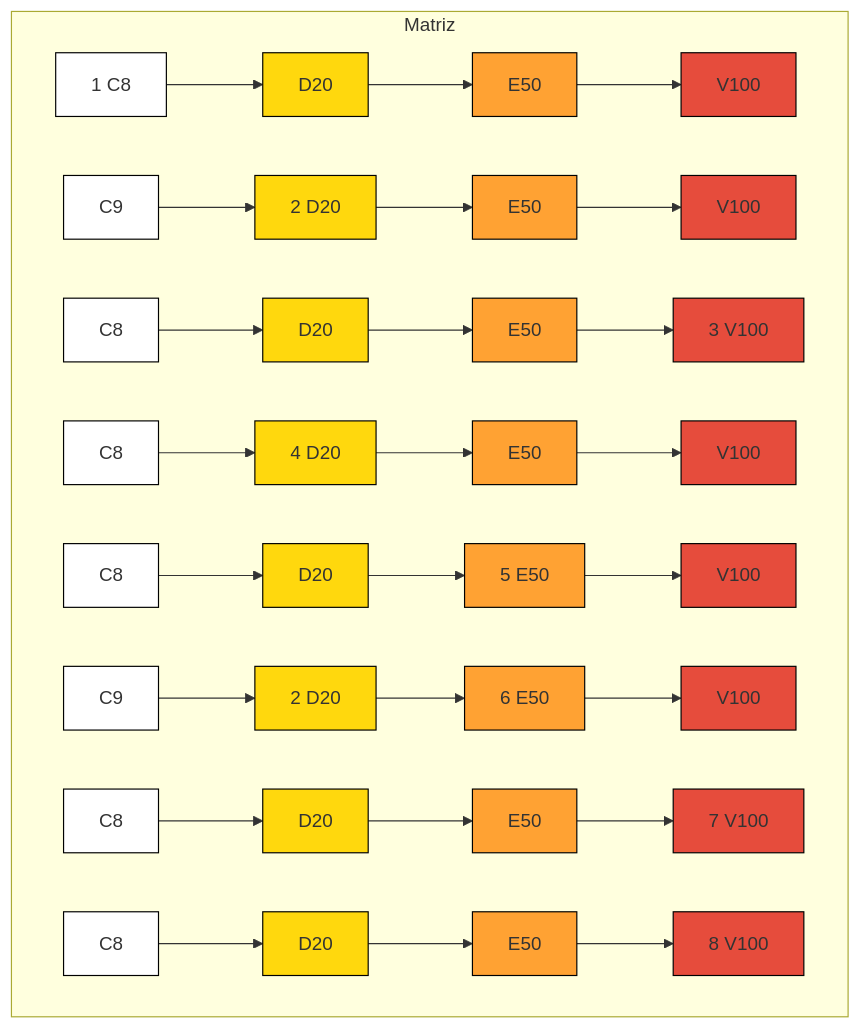
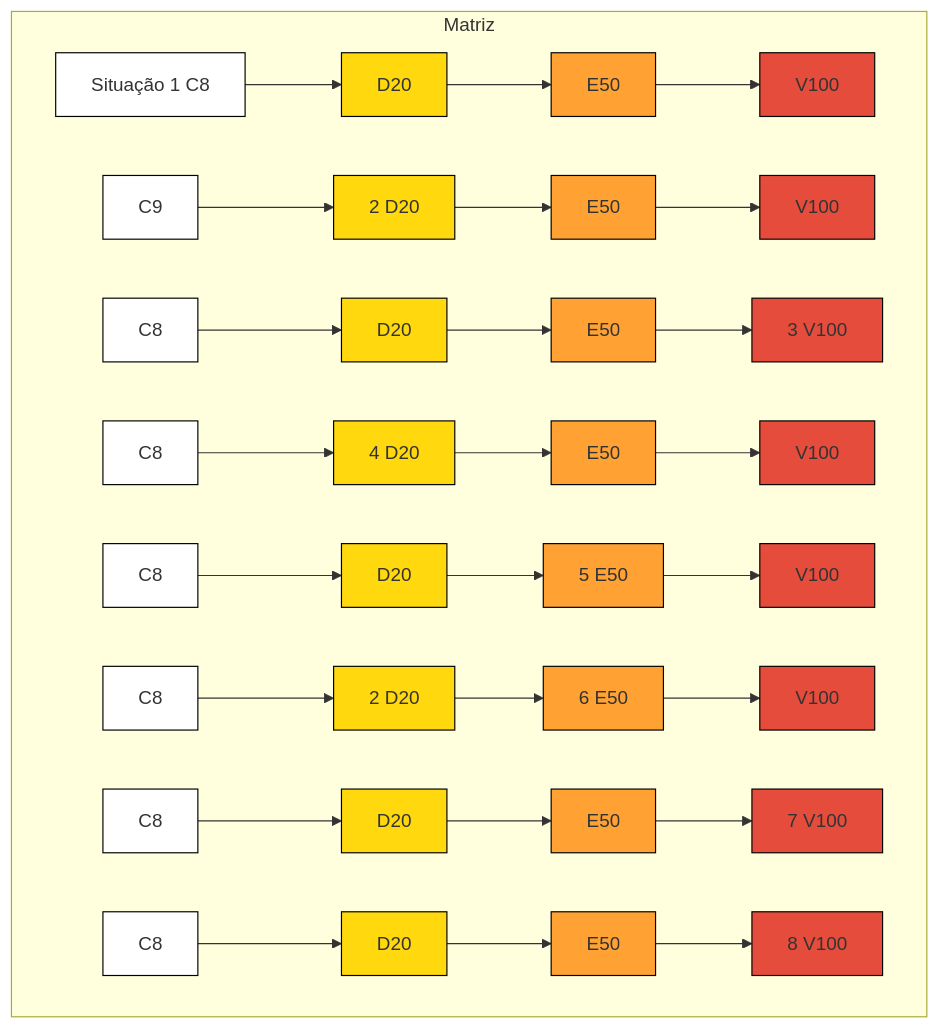
The diagram in README.md (AnandaMazine/Metodo-Agil-Crystal), drawn with Mermaid before and after one commit.

````diff
--- a/README.md
+++ b/README.md
@@ -3,18 +3,18 @@
 ```mermaid
 graph TD
   subgraph Matriz
-A1["1 C8"]:::branco --> A2["D20"]:::amarelo --> A3["E50"]:::laranja --> A4["V100"]:::vermelho
+A1["Situação 1 C8"]:::branco --> A2["D20"]:::amarelo --> A3["E50"]:::laranja --> A4["V100"]:::vermelho
 B1["C9"]:::branco --> B2["2 D20"]:::amarelo --> B3["E50"]:::laranja --> B4["V100"]:::vermelho
 C1["C8"]:::branco --> C2["D20"]:::amarelo --> C3["E50"]:::laranja --> C4["3 V100"]:::vermelho
 D1["C8"]:::branco --> D2["4 D20"]:::amarelo --> D3["E50"]:::laranja --> D4["V100"]:::vermelho
 E1["C8"]:::branco --> E2["D20"]:::amarelo --> E3["5 E50"]:::laranja --> E4["V100"]:::vermelho
-F1["C9"]:::branco --> F2["2 D20"]:::amarelo --> F3["6 E50"]:::laranja --> F4["V100"]:::vermelho
+F1["C8"]:::branco --> F2["2 D20"]:::amarelo --> F3["6 E50"]:::laranja --> F4["V100"]:::vermelho
 G1["C8"]:::branco --> G2["D20"]:::amarelo --> G3["E50"]:::laranja --> G4["7 V100"]:::vermelho
 H1["C8"]:::branco --> H2["D20"]:::amarelo --> H3["E50"]:::laranja --> H4["8 V100"]:::vermelho
 
 end
 classDef branco fill:#fff, stroke:#000, stroke-width:1px;
 classDef amarelo fill:#FFD80D, stroke:#000, stroke-width:1px;
 classDef laranja fill:#FFA233, stroke:#000, stroke-width:1px;
 classDef vermelho fill:#E64C3C, stroke:#000, stroke-width:1px;
 ```
````
